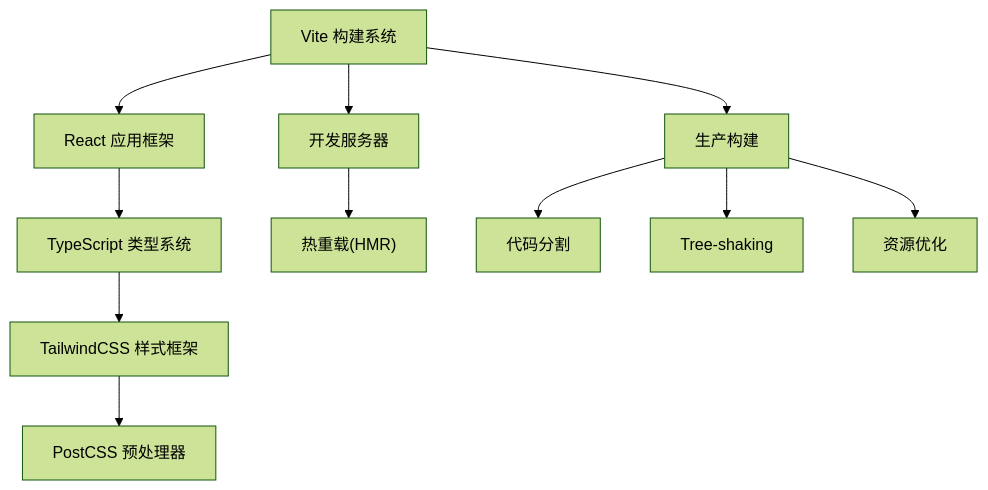
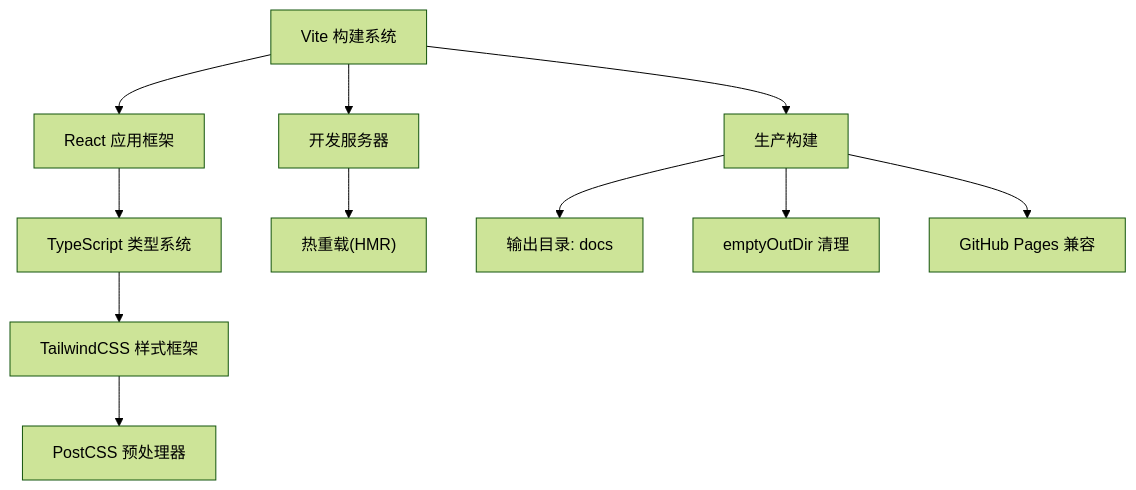
One commit to JadeXusq/qr-generator changed the first of 5 diagrams in .qoder/repowiki/zh/content/配置系统/构建配置.md. Above: the diagram before and after it, drawn with Mermaid (forest theme). The commit also changed other lines of this file and 5 other files, not shown here.

````diff
--- a/.qoder/repowiki/zh/content/配置系统/构建配置.md
+++ b/.qoder/repowiki/zh/content/配置系统/构建配置.md
@@ -50,13 +46,13 @@
 ```mermaid
 graph TB
 A["Vite 构建系统"] --> B["React 应用框架"]
 B --> C["TypeScript 类型系统"]
 C --> D["TailwindCSS 样式框架"]
 D --> E["PostCSS 预处理器"]
 A --> F["开发服务器"]
 F --> G["热重载(HMR)"]
 A --> H["生产构建"]
-H --> I["代码分割"]
-H --> J["Tree-shaking"]
-H --> K["资源优化"]
+H --> I["输出目录: docs"]
+H --> J["emptyOutDir 清理"]
+H --> K["GitHub Pages 兼容"]
 ```
````
